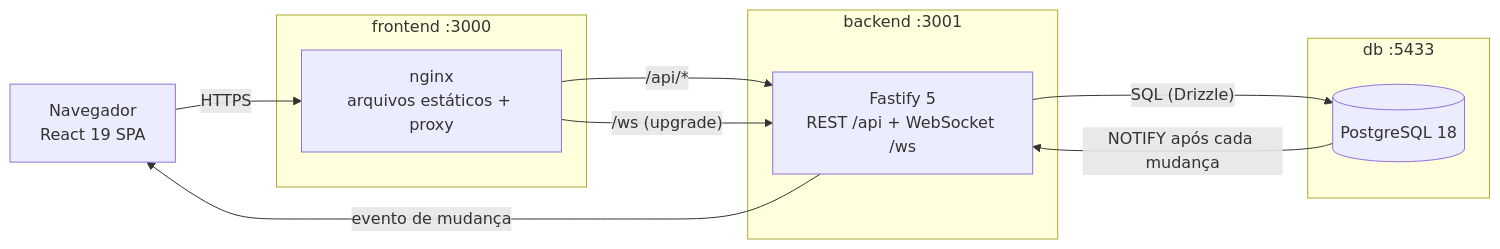
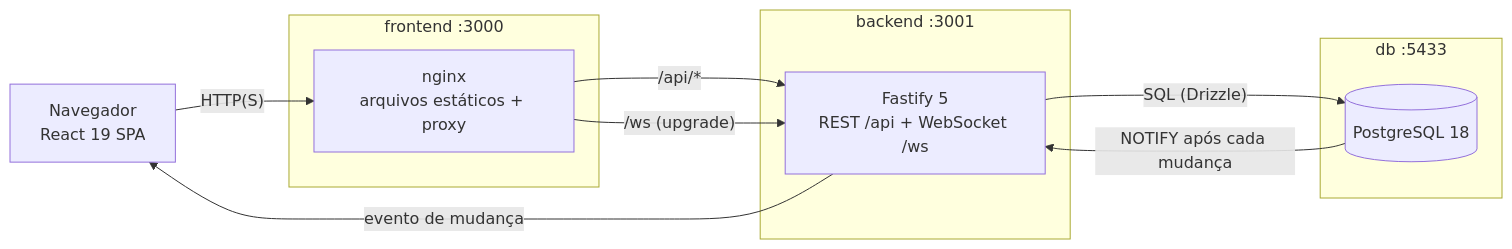
The first of 6 diagrams in README.md (renatomf/fast-meals), drawn with Mermaid before and after one commit. The commit also changed other lines of this file and 3 other files, not shown here.

````diff
--- a/README.md
+++ b/README.md
@@ -64,23 +66,23 @@
 ```mermaid
 flowchart LR
     B["Navegador<br/>React 19 SPA"]
 
     subgraph FRONT["frontend :3000"]
         N["nginx<br/>arquivos estáticos + proxy"]
     end
 
     subgraph API["backend :3001"]
         F["Fastify 5<br/>REST /api + WebSocket /ws"]
     end
 
     subgraph DB["db :5433"]
         P[("PostgreSQL 18")]
     end
 
-    B -- "HTTPS" --> N
+    B -- "HTTP(S)" --> N
     N -- "/api/*" --> F
     N -- "/ws (upgrade)" --> F
     F -- "SQL (Drizzle)" --> P
     P -- "NOTIFY após cada mudança" --> F
     F -- "evento de mudança" --> B
 ```
````
